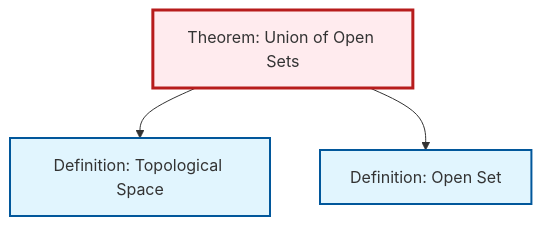
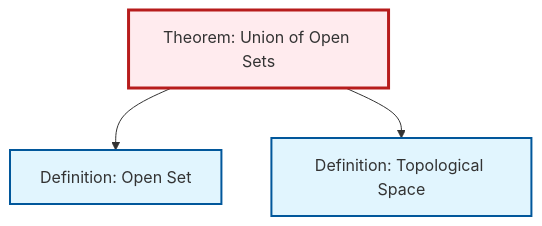
The diagram in content/en/topology/thm-union-open-sets.qmd (RK0429/ModernMath), drawn with Mermaid before and after one commit. The commit also changed other lines of this file and 531 other files, not shown here.

````diff
--- a/content/en/topology/thm-union-open-sets.qmd
+++ b/content/en/topology/thm-union-open-sets.qmd
@@ -60,17 +60,17 @@
 ```{mermaid}
 %%| fig-cap: "Local dependency graph"
 graph TD
     classDef definition fill:#e1f5fe,stroke:#01579b,stroke-width:2px
     classDef theorem fill:#f3e5f5,stroke:#4a148c,stroke-width:2px
     classDef axiom fill:#fff3e0,stroke:#e65100,stroke-width:2px
     classDef example fill:#e8f5e9,stroke:#1b5e20,stroke-width:2px
     classDef current fill:#ffebee,stroke:#b71c1c,stroke-width:3px
+    thm-union-open-sets["Theorem: Union of Open Sets"]:::theorem
     def-topological-space["Definition: Topological Space"]:::definition
-    thm-union-open-sets["Theorem: Union of Open Sets"]:::theorem
     def-open-set["Definition: Open Set"]:::definition
+    thm-union-open-sets --> def-open-set
     thm-union-open-sets --> def-topological-space
-    thm-union-open-sets --> def-open-set
     class thm-union-open-sets current
     click def-topological-space "def-topological-space.html" "Go to Topological Space definition"
     click def-open-set "def-open-set.html" "Go to Open Set definition"
 ```
````
